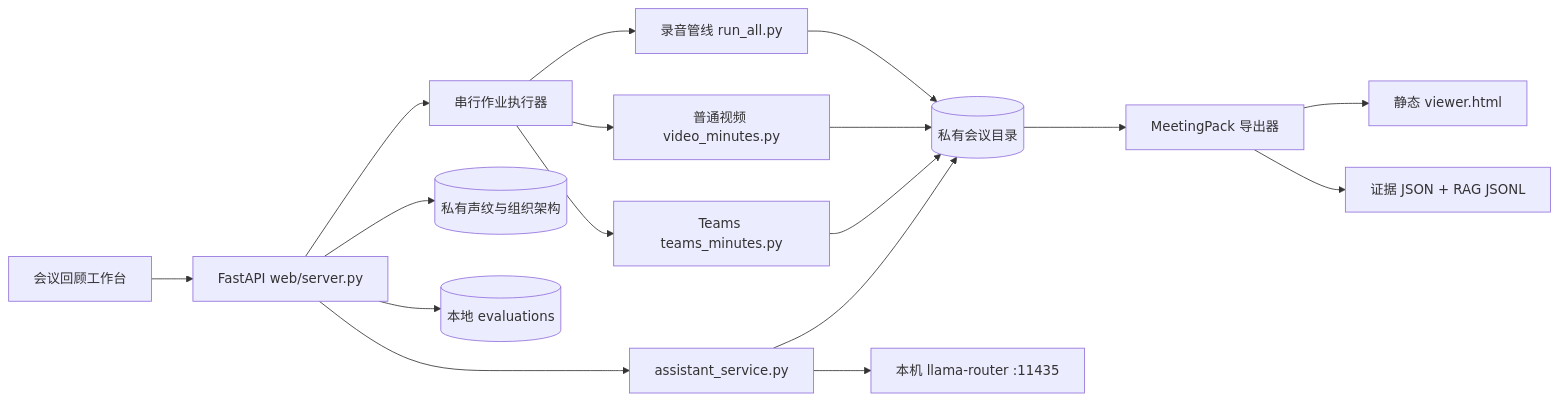
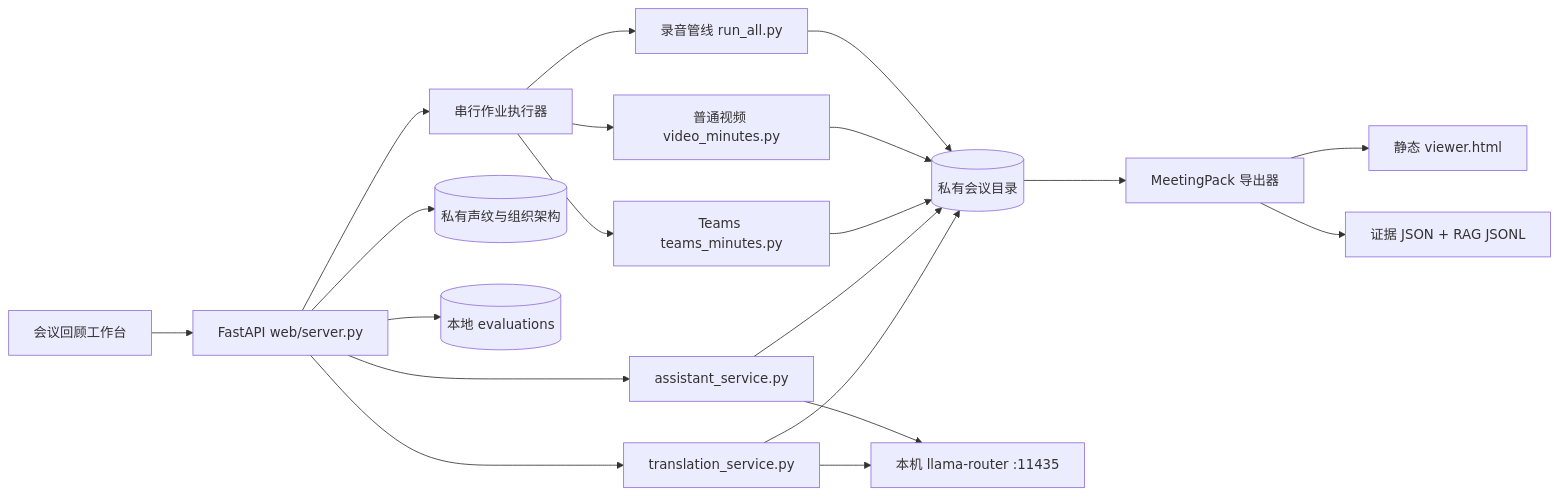
The diagram in docs/ARCHITECTURE.md (JohnnyBGoodeLithium/Local-Video-Meeting-Minutes), drawn with Mermaid before and after one commit. The commit also changed other lines of this file and 9 other files, not shown here.

````diff
--- a/docs/ARCHITECTURE.md
+++ b/docs/ARCHITECTURE.md
@@ -11,19 +11,22 @@
 ```mermaid
 flowchart LR
     UI[会议回顾工作台] --> API[FastAPI web/server.py]
     API --> JOBS[串行作业执行器]
     JOBS --> AUDIO[录音管线 run_all.py]
     JOBS --> VIDEO[普通视频 video_minutes.py]
     JOBS --> TEAMS[Teams teams_minutes.py]
     AUDIO --> DATA[(私有会议目录)]
     VIDEO --> DATA
     TEAMS --> DATA
     API --> BANK[(私有声纹与组织架构)]
     API --> ASSIST[assistant_service.py]
     ASSIST --> ROUTER[本机 llama-router :11435]
     ASSIST --> DATA
+    API --> TRANS[translation_service.py]
+    TRANS --> ROUTER
+    TRANS --> DATA
     API --> EVAL[(本地 evaluations)]
     DATA --> EXPORT[MeetingPack 导出器]
     EXPORT --> VIEWER[静态 viewer.html]
     EXPORT --> RAG[证据 JSON + RAG JSONL]
 ```
````
